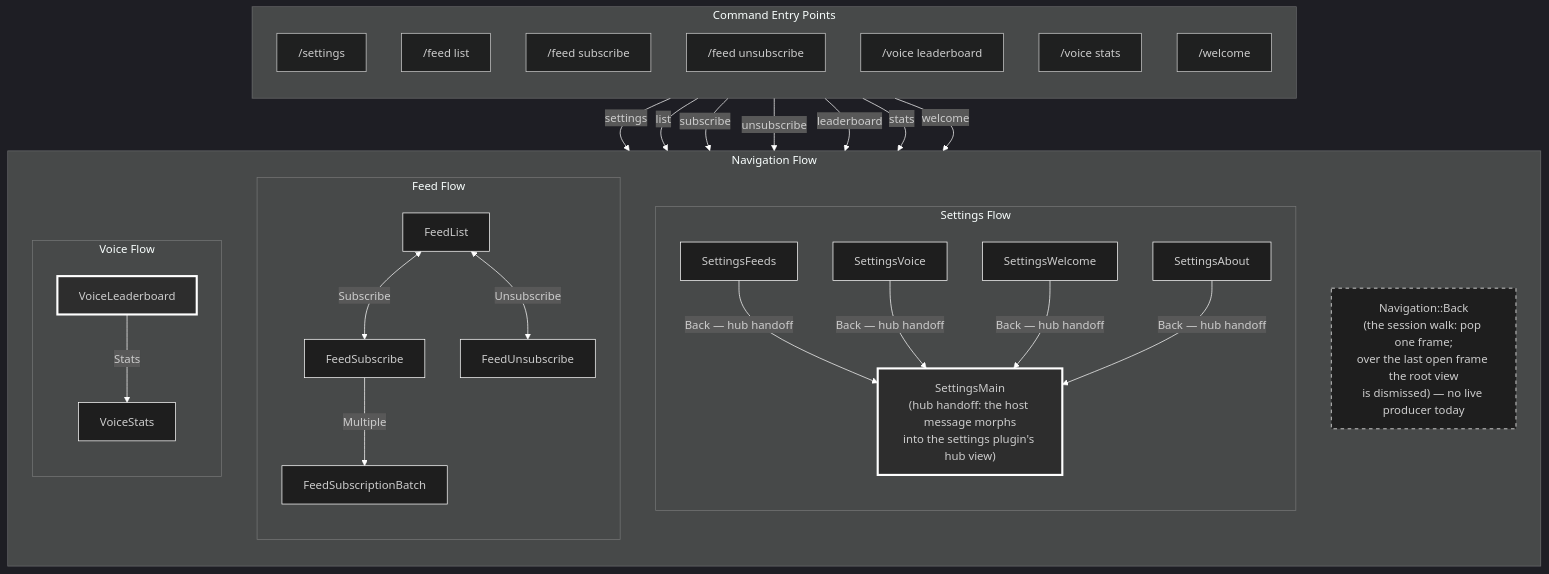
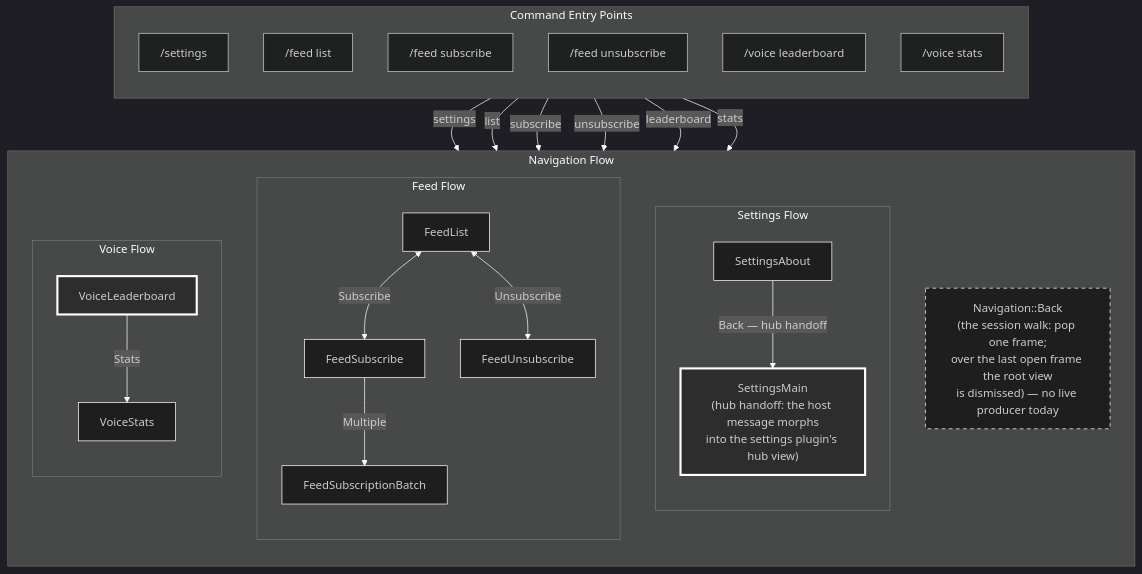
Before and after one commit to FAZuH/pwr-bot: the diagram in docs/diagrams/view-routes.mmd, drawn with Mermaid. The commit also changed 36 other files, not shown here.

```diff
--- a/docs/diagrams/view-routes.mmd
+++ b/docs/diagrams/view-routes.mmd
@@ -1,86 +1,75 @@
 %%{init: {
   'theme': 'dark',
   'themeVariables': {
     'primaryColor': '#1e1e1e',
     'primaryTextColor': '#ffffff',
     'primaryBorderColor': '#ffffff',
     'lineColor': '#ffffff',
     'secondaryColor': '#2d2d2d',
     'tertiaryColor': '#1e1e1e',
     'noteBkgColor': '#2d2d2d',
     'noteTextColor': '#ffffff',
     'noteBorderColor': '#ffffff'
   }
 }}%%
 graph TB
     subgraph Commands["Command Entry Points"]
         direction TB
         SettingsCmd["/settings"]
         FeedListCmd["/feed list"]
         FeedSubCmd["/feed subscribe"]
         FeedUnsubCmd["/feed unsubscribe"]
         VoiceLBCmd["/voice leaderboard"]
         VoiceStatsCmd["/voice stats"]
-        WelcomeCmd["/welcome"]
     end
     
     subgraph Navigation["Navigation Flow"]
         direction TB
         
         subgraph SettingsFlow["Settings Flow"]
             direction TB
             SettingsMain["SettingsMain<br/>(hub handoff: the host message morphs<br/>into the settings plugin's hub view)"]
-            SettingsFeeds["SettingsFeeds"]
-            SettingsVoice["SettingsVoice"]
-            SettingsWelcome["SettingsWelcome"]
             SettingsAbout["SettingsAbout"]
 
-            SettingsFeeds -->|"Back — hub handoff"| SettingsMain
-            SettingsVoice -->|"Back — hub handoff"| SettingsMain
-            SettingsWelcome -->|"Back — hub handoff"| SettingsMain
             SettingsAbout -->|"Back — hub handoff"| SettingsMain
         end
         
         subgraph FeedFlow["Feed Flow"]
             direction TB
             FeedList["FeedList"]
             FeedSubscribe["FeedSubscribe"]
             FeedUnsubscribe["FeedUnsubscribe"]
             FeedBatch["FeedSubscriptionBatch"]
             
             FeedList <-->|Subscribe| FeedSubscribe
             FeedList <-->|Unsubscribe| FeedUnsubscribe
             FeedSubscribe -->|Multiple| FeedBatch
         end
         
         subgraph VoiceFlow["Voice Flow"]
             direction TB
             VoiceLeaderboard["VoiceLeaderboard"]
             VoiceStats["VoiceStats"]
             
             VoiceLeaderboard -->|Stats| VoiceStats
         end
 
         Back["Navigation::Back<br/>(the session walk: pop one frame;<br/>over the last open frame the root view<br/>is dismissed) — no live producer today"]
     end
     
     Commands -->|settings| SettingsMain
     Commands -->|list| FeedList
     Commands -->|subscribe| FeedSubscribe
     Commands -->|unsubscribe| FeedUnsubscribe
     Commands -->|leaderboard| VoiceLeaderboard
     Commands -->|stats| VoiceStats
-    Commands -->|welcome| SettingsWelcome
     
     style SettingsMain fill:#2d2d2d,stroke:#ffffff,stroke-width:3px
-    style SettingsFeeds fill:#1e1e1e,stroke:#ffffff
-    style SettingsVoice fill:#1e1e1e,stroke:#ffffff
-    style SettingsWelcome fill:#1e1e1e,stroke:#ffffff
     style SettingsAbout fill:#1e1e1e,stroke:#ffffff
     style FeedList fill:#1e1e1e,stroke:#ffffff
     style FeedSubscribe fill:#1e1e1e,stroke:#ffffff
     style FeedUnsubscribe fill:#1e1e1e,stroke:#ffffff
     style FeedBatch fill:#1e1e1e,stroke:#ffffff
     style VoiceLeaderboard fill:#2d2d2d,stroke:#ffffff,stroke-width:3px
     style VoiceStats fill:#1e1e1e,stroke:#ffffff
     style Back fill:#1e1e1e,stroke:#ffffff,stroke-dasharray: 5 5
```
